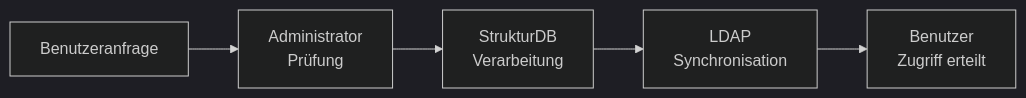
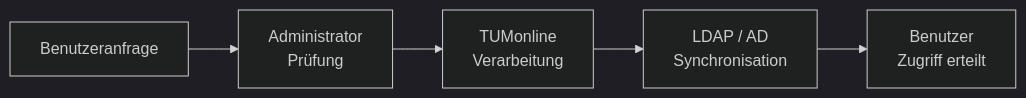
One commit to jtimo/tum-ito-admin-guide changed the second of 2 diagrams in de/chapters/02-administratorrollen.qmd. Above: the diagram before and after it, drawn with Mermaid (dark theme). The commit also changed other lines of this file and 21 other files, not shown here.

````diff
--- a/de/chapters/02-administratorrollen.qmd
+++ b/de/chapters/02-administratorrollen.qmd
@@ -60,9 +58,9 @@
 ```{mermaid}
 %%| fig-cap: "Benutzerverwaltungs-Workflow"
 flowchart LR
     Request["Benutzeranfrage"]
     Request --> Admin["Administrator<br/>Prüfung"]
-    Admin --> StrukturDB["StrukturDB<br/>Verarbeitung"]
-    StrukturDB --> LDAP["LDAP<br/>Synchronisation"]
+    Admin --> TUMonline["TUMonline<br/>Verarbeitung"]
+    TUMonline --> LDAP["LDAP / AD<br/>Synchronisation"]
     LDAP --> Access["Benutzer<br/>Zugriff erteilt"]
 ```
````
